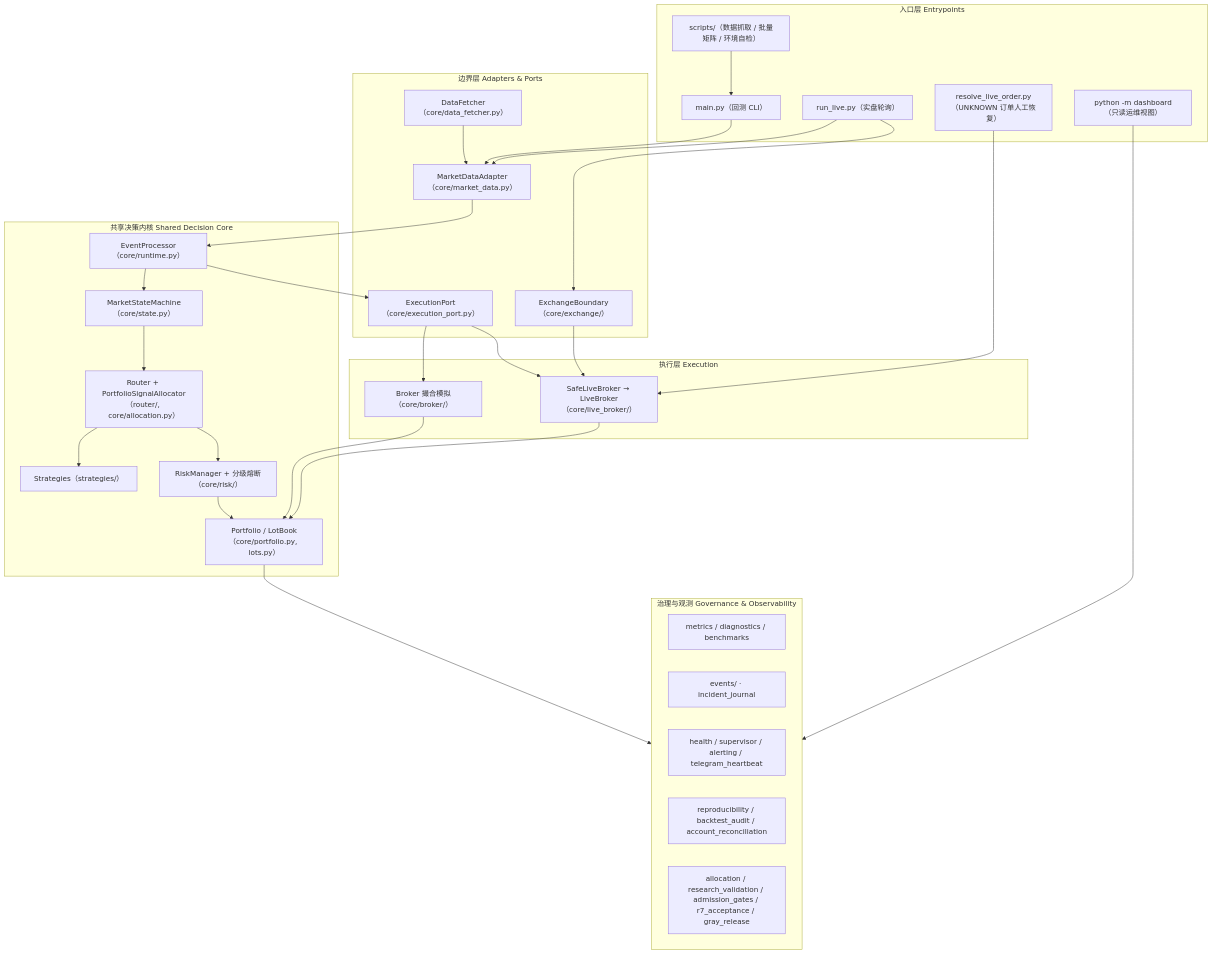
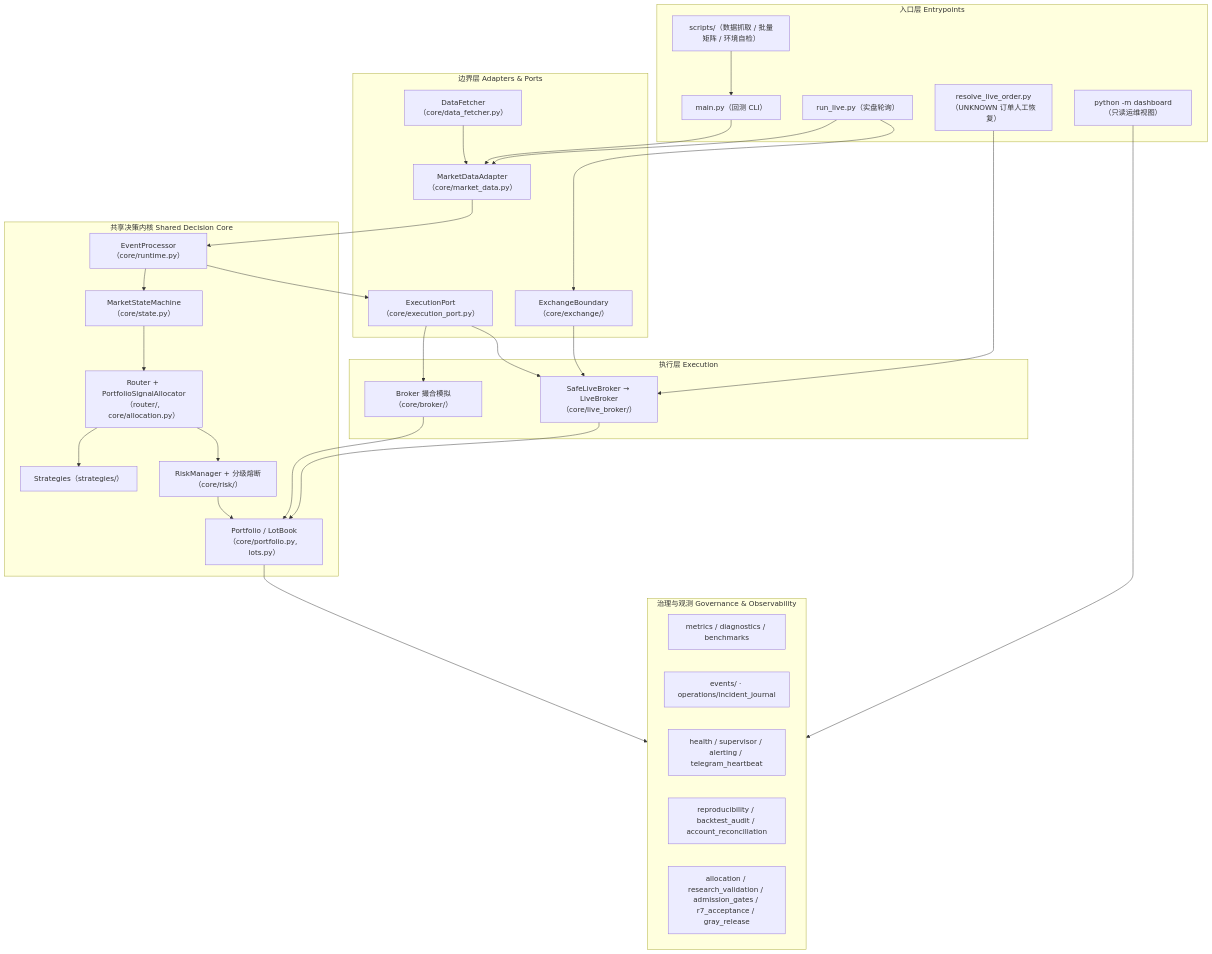
Before and after one commit to user-nmmmmm/QuantTradingV2: the first of 5 diagrams in README.md, drawn with Mermaid. The commit also changed other lines of this file and 122 other files, not shown here.

````diff
--- a/README.md
+++ b/README.md
@@ -67,57 +67,57 @@
 ```mermaid
 flowchart TB
     subgraph ENTRY["入口层 Entrypoints"]
         M["main.py（回测 CLI）"]
         RL["run_live.py（实盘轮询）"]
         RS["resolve_live_order.py（UNKNOWN 订单人工恢复）"]
         DB["python -m dashboard（只读运维视图）"]
         SC["scripts/（数据抓取 / 批量矩阵 / 环境自检）"]
     end
 
     subgraph BOUND["边界层 Adapters & Ports"]
         MDA["MarketDataAdapter（core/market_data.py）"]
         EXP["ExecutionPort（core/execution_port.py）"]
         EB["ExchangeBoundary（core/exchange/）"]
         DF["DataFetcher（core/data_fetcher.py）"]
     end
 
     subgraph KERNEL["共享决策内核 Shared Decision Core"]
         EP["EventProcessor（core/runtime.py）"]
         SM["MarketStateMachine（core/state.py）"]
         RT["Router + PortfolioSignalAllocator（router/, core/allocation.py）"]
         ST["Strategies（strategies/）"]
         RK["RiskManager + 分级熔断（core/risk/）"]
         PF["Portfolio / LotBook（core/portfolio.py, lots.py）"]
     end
 
     subgraph EXEC["执行层 Execution"]
         BK["Broker 撮合模拟（core/broker/）"]
         LB["SafeLiveBroker → LiveBroker（core/live_broker/）"]
     end
 
     subgraph OBS["治理与观测 Governance & Observability"]
         MT["metrics / diagnostics / benchmarks"]
-        EV["events/ · incident_journal"]
+        EV["events/ · operations/incident_journal"]
         HS["health / supervisor / alerting / telegram_heartbeat"]
         RP["reproducibility / backtest_audit / account_reconciliation"]
         PH["allocation / research_validation / admission_gates / r7_acceptance / gray_release"]
     end
 
     SC --> M
     M --> MDA
     RL --> MDA
     RL --> EB
     DF --> MDA
     MDA --> EP
     EP --> SM --> RT --> ST
     RT --> RK --> PF
     EP --> EXP
     EXP --> BK
     EXP --> LB
     EB --> LB
     BK --> PF
     LB --> PF
     PF --> OBS
     RS --> LB
     DB --> OBS
 ```
````
